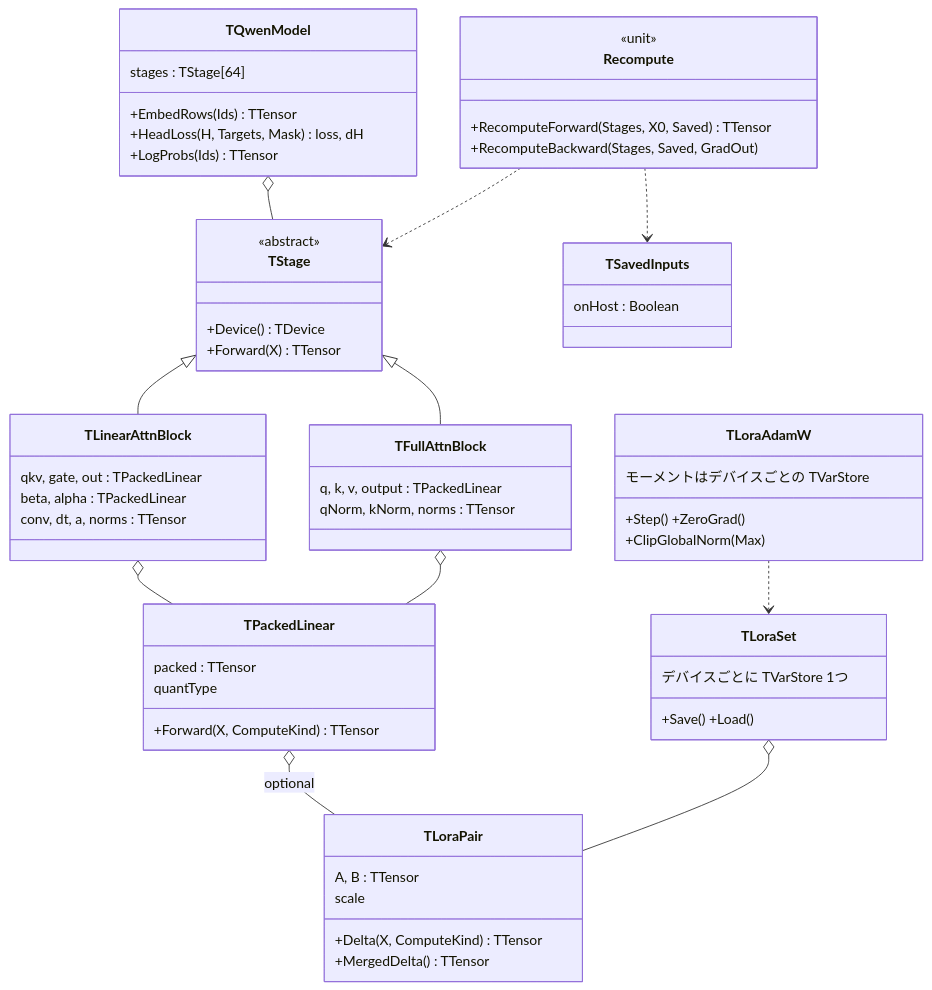
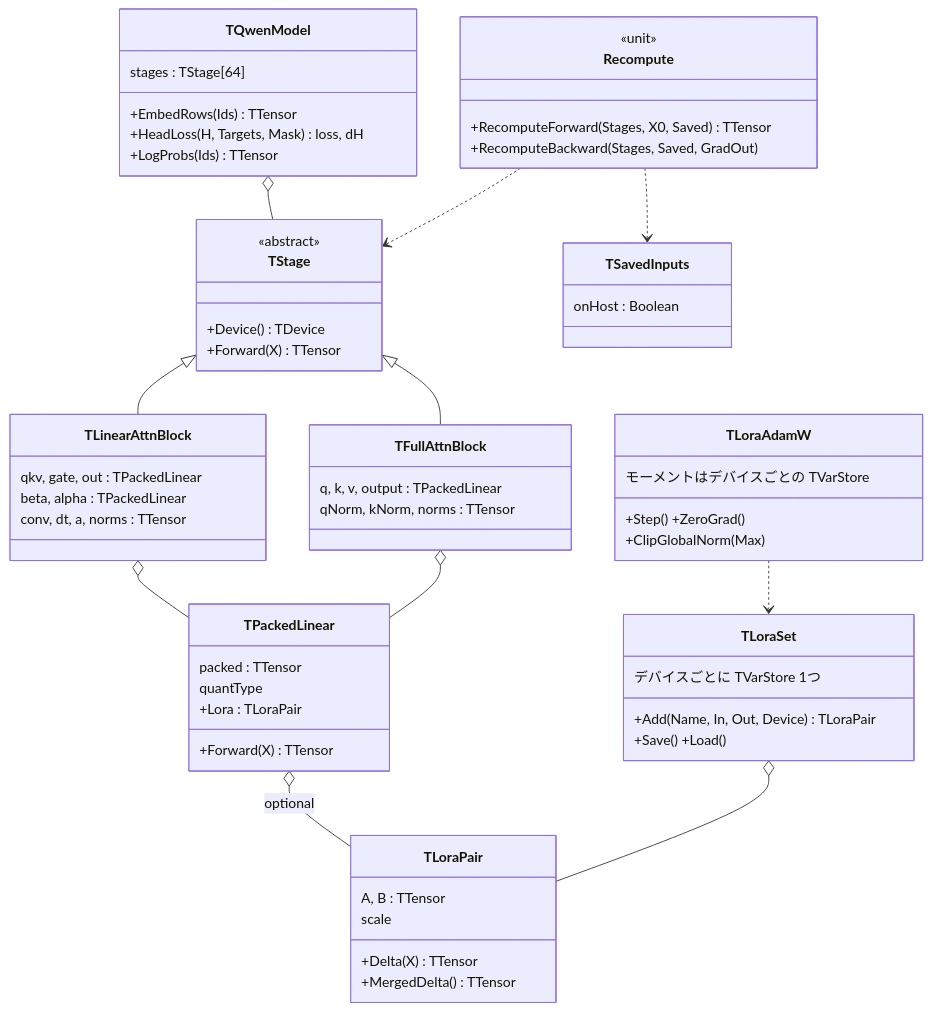
One commit to tankoha/tch-fpc changed diagram 11 of 13 in docs/UML_jp.md. Above: the diagram before and after it, drawn with Mermaid. The commit also changed 24 other files, not shown here.

````diff
--- a/docs/UML_jp.md
+++ b/docs/UML_jp.md
@@ -668,61 +668,63 @@
 ```mermaid
 classDiagram
   class TStage {
     <<abstract>>
     +Device() TDevice
     +Forward(X) TTensor
   }
   class TLinearAttnBlock {
     qkv, gate, out : TPackedLinear
     beta, alpha : TPackedLinear
     conv, dt, a, norms : TTensor
   }
   class TFullAttnBlock {
     q, k, v, output : TPackedLinear
     qNorm, kNorm, norms : TTensor
   }
   class TPackedLinear {
     packed : TTensor
     quantType
-    +Forward(X, ComputeKind) TTensor
+    +Forward(X) TTensor
+    +Lora : TLoraPair
   }
   class TLoraPair {
     A, B : TTensor
     scale
-    +Delta(X, ComputeKind) TTensor
+    +Delta(X) TTensor
     +MergedDelta() TTensor
   }
   class TLoraSet {
     デバイスごとに TVarStore 1つ
+    +Add(Name, In, Out, Device) TLoraPair
     +Save() +Load()
   }
   class TSavedInputs {
     onHost : Boolean
   }
   class Recompute {
     <<unit>>
     +RecomputeForward(Stages, X0, Saved) TTensor
     +RecomputeBackward(Stages, Saved, GradOut)
   }
   class TLoraAdamW {
     モーメントはデバイスごとの TVarStore
     +Step() +ZeroGrad()
     +ClipGlobalNorm(Max)
   }
   class TQwenModel {
     stages : TStage[64]
     +EmbedRows(Ids) TTensor
     +HeadLoss(H, Targets, Mask) loss, dH
     +LogProbs(Ids) TTensor
   }
   TStage <|-- TLinearAttnBlock
   TStage <|-- TFullAttnBlock
   TLinearAttnBlock o-- TPackedLinear
   TFullAttnBlock o-- TPackedLinear
   TPackedLinear o-- TLoraPair : optional
   TLoraSet o-- TLoraPair
   TQwenModel o-- TStage
   Recompute ..> TStage
   Recompute ..> TSavedInputs
   TLoraAdamW ..> TLoraSet
 ```
````
